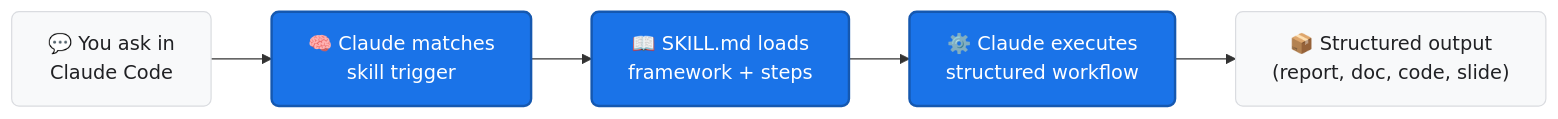
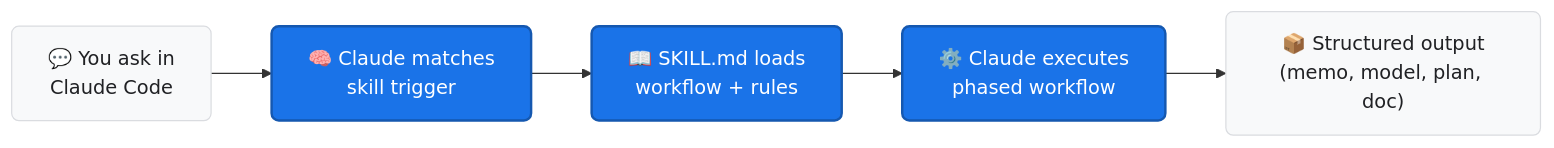
One commit to varunk130/claude-code-skills changed the diagram in README.md. Above: the diagram before and after it, drawn with Mermaid. The commit also changed other lines of this file, not shown here.

First line of the commit message:
docs(readme): rewrite README with category structure, skill tables, and standard format spec

````diff
--- a/README.md
+++ b/README.md
@@ -20,12 +48,12 @@
 ```mermaid
 flowchart LR
     A["💬 You ask in<br/>Claude Code"] --> B["🧠 Claude matches<br/>skill trigger"]
-    B --> C["📖 SKILL.md loads<br/>framework + steps"]
-    C --> D["⚙️ Claude executes<br/>structured workflow"]
-    D --> E["📦 Structured output<br/>(report, doc, code, slide)"]
+    B --> C["📖 SKILL.md loads<br/>workflow + rules"]
+    C --> D["⚙️ Claude executes<br/>phased workflow"]
+    D --> E["📦 Structured output<br/>(memo, model, plan, doc)"]
 
     classDef step fill:#1a73e8,color:#fff,stroke:#1558b0,stroke-width:2px,rx:6,ry:6
     classDef io fill:#f8f9fa,color:#202124,stroke:#dadce0,stroke-width:1px,rx:6,ry:6
     class B,C,D step
     class A,E io
 ```
````
